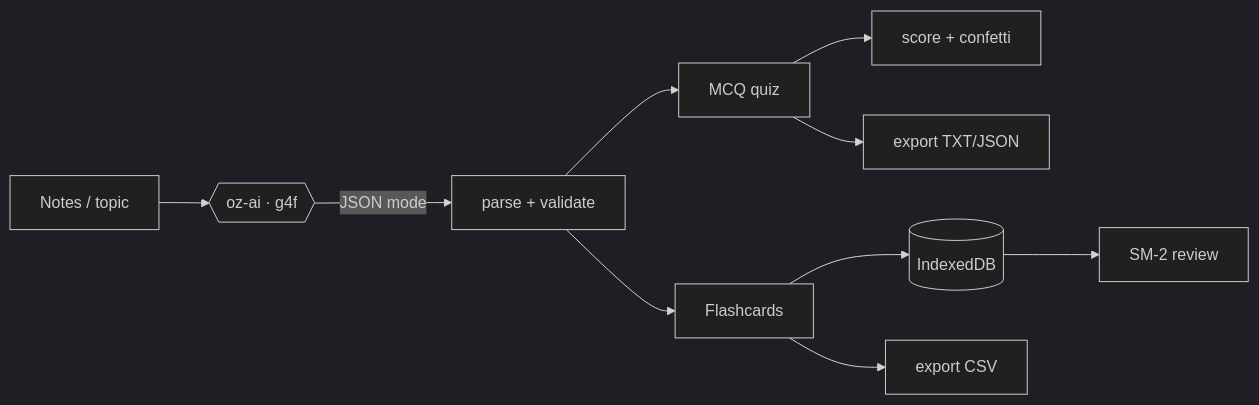
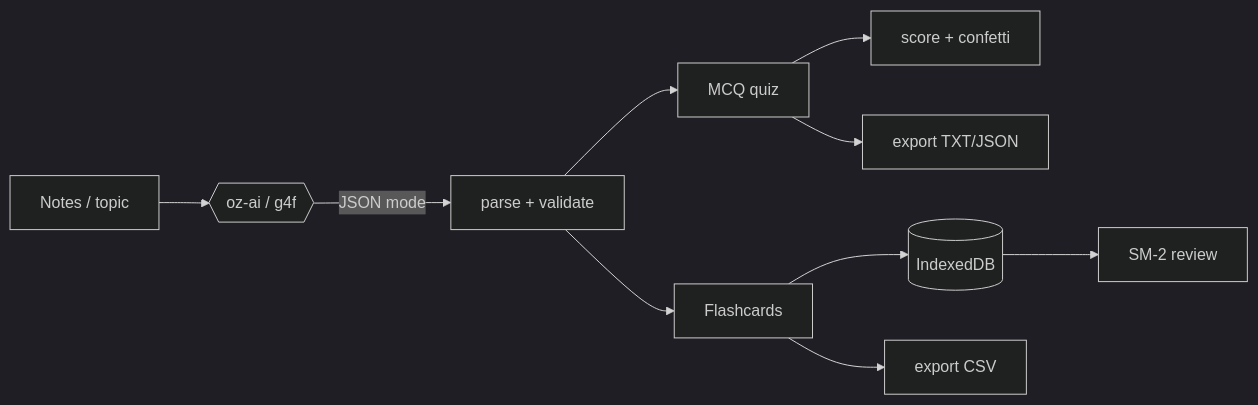
Before and after one commit to chirag127/oriz-quiz: the diagram in README.md, drawn with Mermaid (dark theme). The commit also changed other lines of this file and 4 other files, not shown here.

````diff
--- a/README.md
+++ b/README.md
@@ -26,12 +31,12 @@
 ```mermaid
 flowchart LR
-  A[Notes / topic] --> B{{oz-ai · g4f}}
+  A[Notes / topic] --> B{{oz-ai / g4f}}
   B -->|JSON mode| C[parse + validate]
   C --> D[MCQ quiz]
   C --> E[Flashcards]
   D --> F[score + confetti]
   E --> G[(IndexedDB)]
   G --> H[SM-2 review]
   D --> X[export TXT/JSON]
   E --> Y[export CSV]
 ```
````
